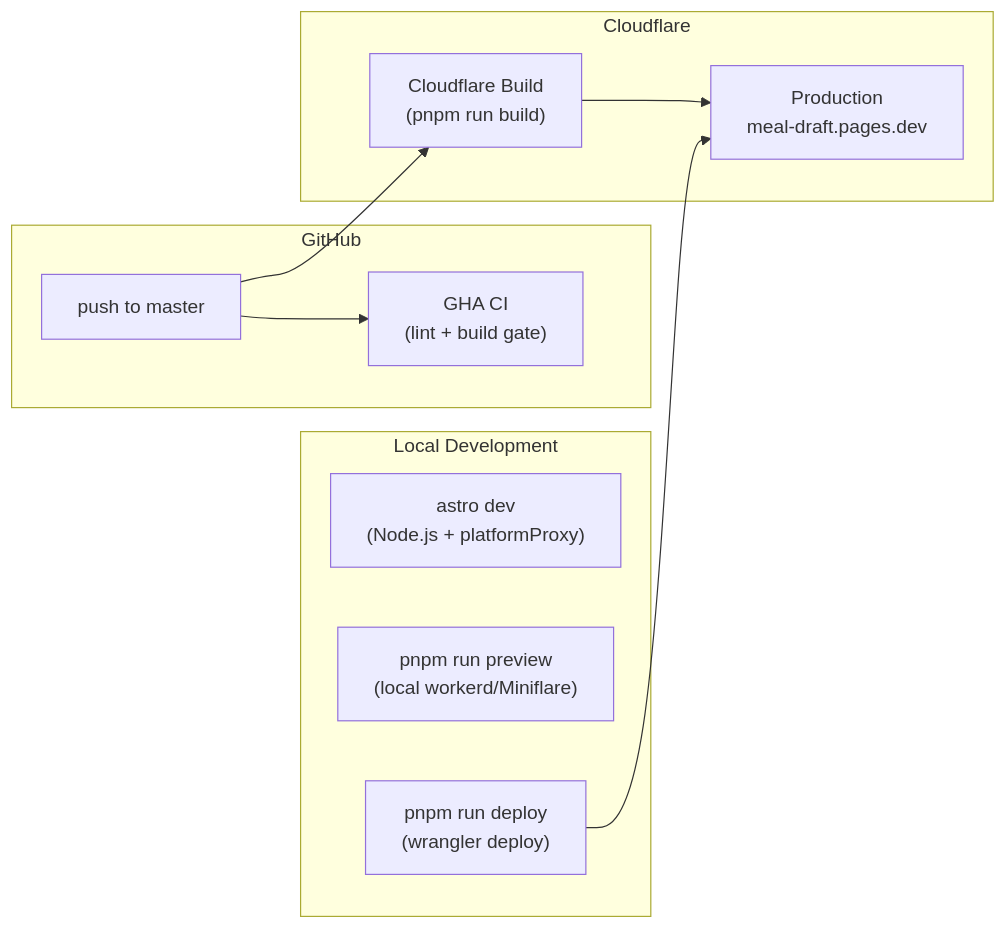
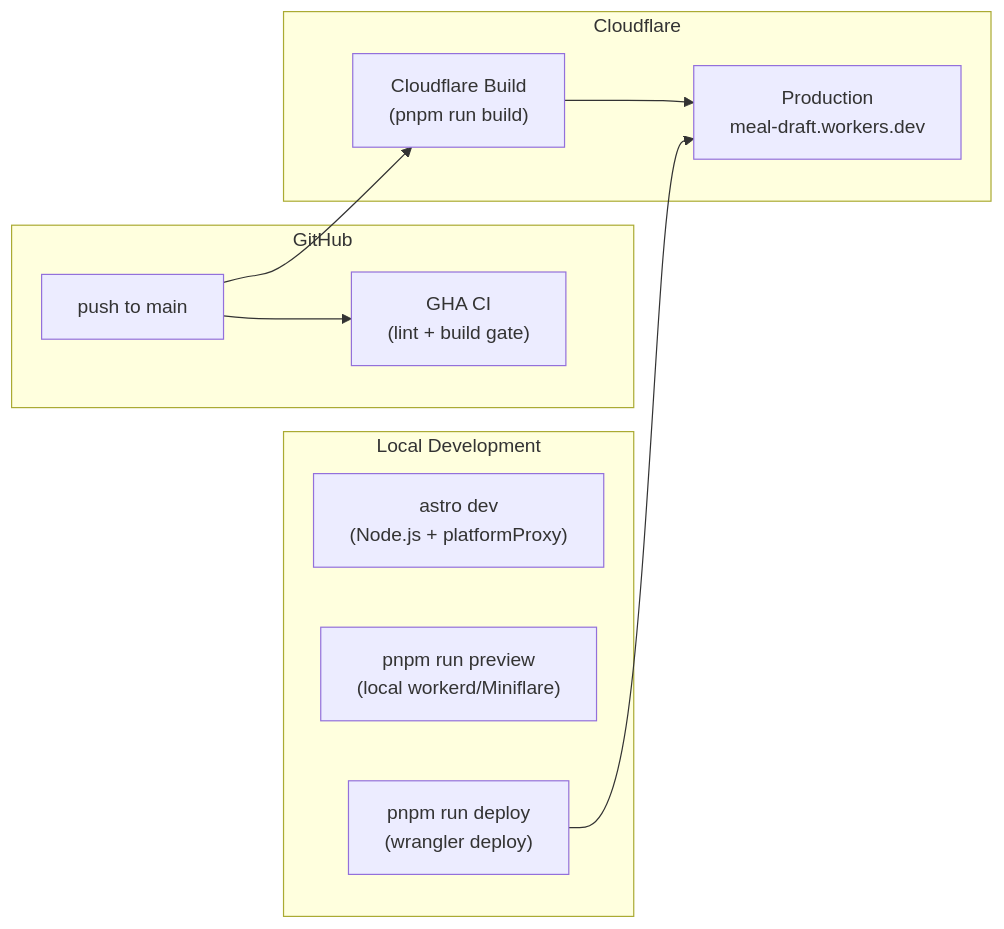
Before and after one commit to astocka/meal-draft: the first of 2 diagrams in context/changes/deployment/deployment-plan.md, drawn with Mermaid. The commit also changed other lines of this file and 7 other files, not shown here.

````diff
--- a/context/changes/deployment/deployment-plan.md
+++ b/context/changes/deployment/deployment-plan.md
@@ -346,23 +343,23 @@
 ```mermaid
 flowchart LR
   subgraph local [Local Development]
     DEV["astro dev<br/>(Node.js + platformProxy)"]
     PREVIEW["pnpm run preview<br/>(local workerd/Miniflare)"]
     MANUAL["pnpm run deploy<br/>(wrangler deploy)"]
   end
 
   subgraph github [GitHub]
-    PUSH["push to master"]
+    PUSH["push to main"]
     GHA["GHA CI<br/>(lint + build gate)"]
   end
 
   subgraph cloudflare [Cloudflare]
     CF_BUILD["Cloudflare Build<br/>(pnpm run build)"]
-    CF_PROD["Production<br/>meal-draft.pages.dev"]
+    CF_PROD["Production<br/>meal-draft.workers.dev"]
   end
 
   PUSH --> GHA
   PUSH --> CF_BUILD
   CF_BUILD --> CF_PROD
   MANUAL --> CF_PROD
 ```
````
